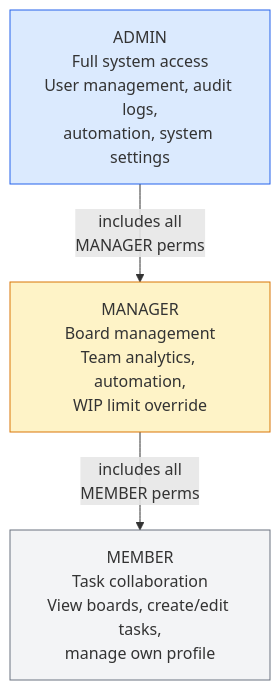
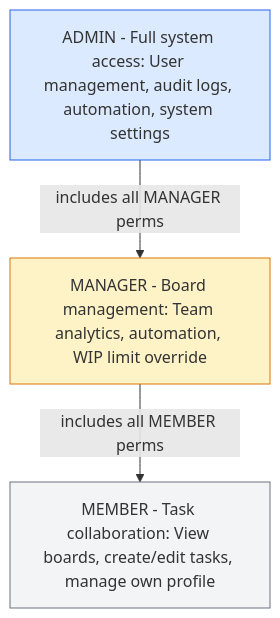
Before and after one commit to asefahmed500/Smart-Task-App_IIT_DU_Final_Project: the first of 7 diagrams in docs/03-rbac-and-permissions.md, drawn with Mermaid. The commit also changed other lines of this file and 8 other files, not shown here.

Commit message:
fix: remove br tags from mermaid diagrams for GitHub rendering

````diff
--- a/docs/03-rbac-and-permissions.md
+++ b/docs/03-rbac-and-permissions.md
@@ -29,13 +29,13 @@
 ```mermaid
 graph TD
-    ADMIN["ADMIN<br/>Full system access<br/>User management, audit logs,<br/>automation, system settings"]
-    MANAGER["MANAGER<br/>Board management<br/>Team analytics, automation,<br/>WIP limit override"]
-    MEMBER["MEMBER<br/>Task collaboration<br/>View boards, create/edit tasks,<br/>manage own profile"]
+    ADMIN["ADMIN - Full system access: User management, audit logs, automation, system settings"]
+    MANAGER["MANAGER - Board management: Team analytics, automation, WIP limit override"]
+    MEMBER["MEMBER - Task collaboration: View boards, create/edit tasks, manage own profile"]
 
-    ADMIN -->|"includes all<br/>MANAGER perms"| MANAGER
-    MANAGER -->|"includes all<br/>MEMBER perms"| MEMBER
+    ADMIN -->|"includes all MANAGER perms"| MANAGER
+    MANAGER -->|"includes all MEMBER perms"| MEMBER
 
     style ADMIN fill:#dbeafe,stroke:#2563eb
     style MANAGER fill:#fef3c7,stroke:#d97706
     style MEMBER fill:#f3f4f6,stroke:#6b7280
 ```
````
